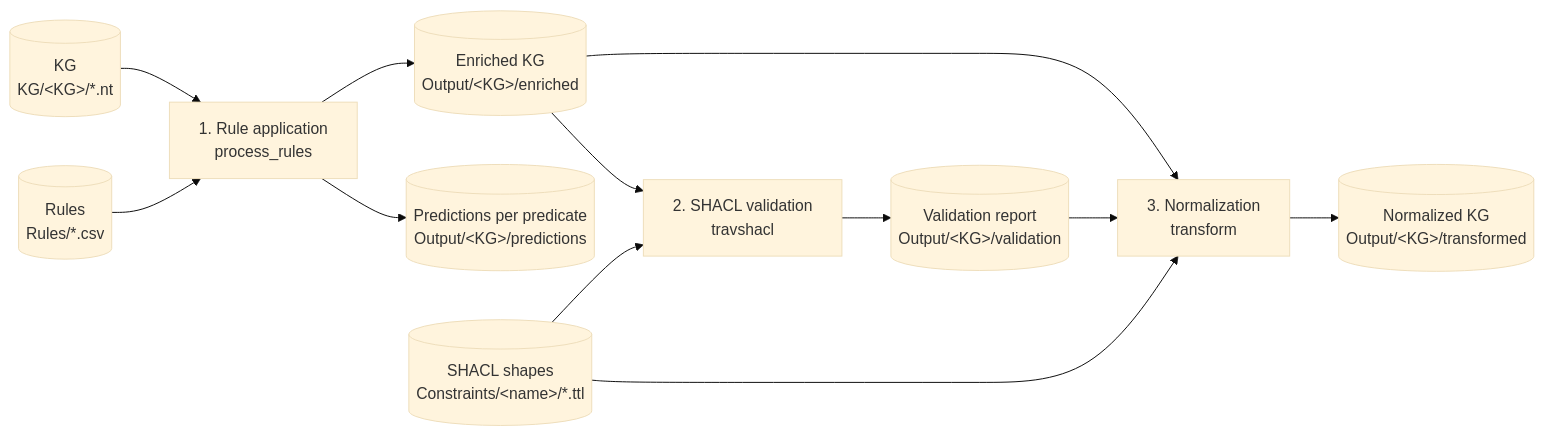
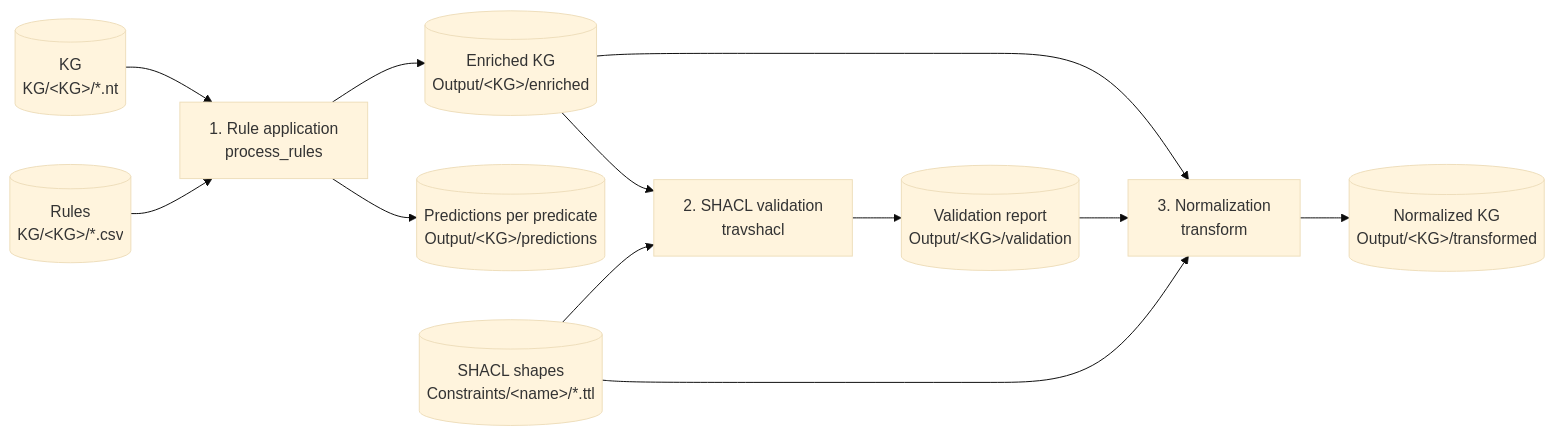
Before and after one commit to DavidGomez00/VANILLA: the diagram in docs/01-overview.md, drawn with Mermaid (base theme). The commit also changed other lines of this file and 14 other files, not shown here.

````diff
--- a/docs/01-overview.md
+++ b/docs/01-overview.md
@@ -31,14 +31,14 @@
 ```mermaid
 flowchart LR
     KG[("KG<br/>KG/&lt;KG&gt;/*.nt")] --> P
-    R[("Rules<br/>Rules/*.csv")] --> P
+    R[("Rules<br/>KG/&lt;KG&gt;/*.csv")] --> P
     P["1. Rule application<br/>process_rules"] --> E[("Enriched KG<br/>Output/&lt;KG&gt;/enriched")]
     P --> PR[("Predictions per predicate<br/>Output/&lt;KG&gt;/predictions")]
     E --> V["2. SHACL validation<br/>travshacl"]
     C[("SHACL shapes<br/>Constraints/&lt;name&gt;/*.ttl")] --> V
     V --> VR[("Validation report<br/>Output/&lt;KG&gt;/validation")]
     E --> T["3. Normalization<br/>transform"]
     VR --> T
     C --> T
     T --> N[("Normalized KG<br/>Output/&lt;KG&gt;/transformed")]
 ```
````
